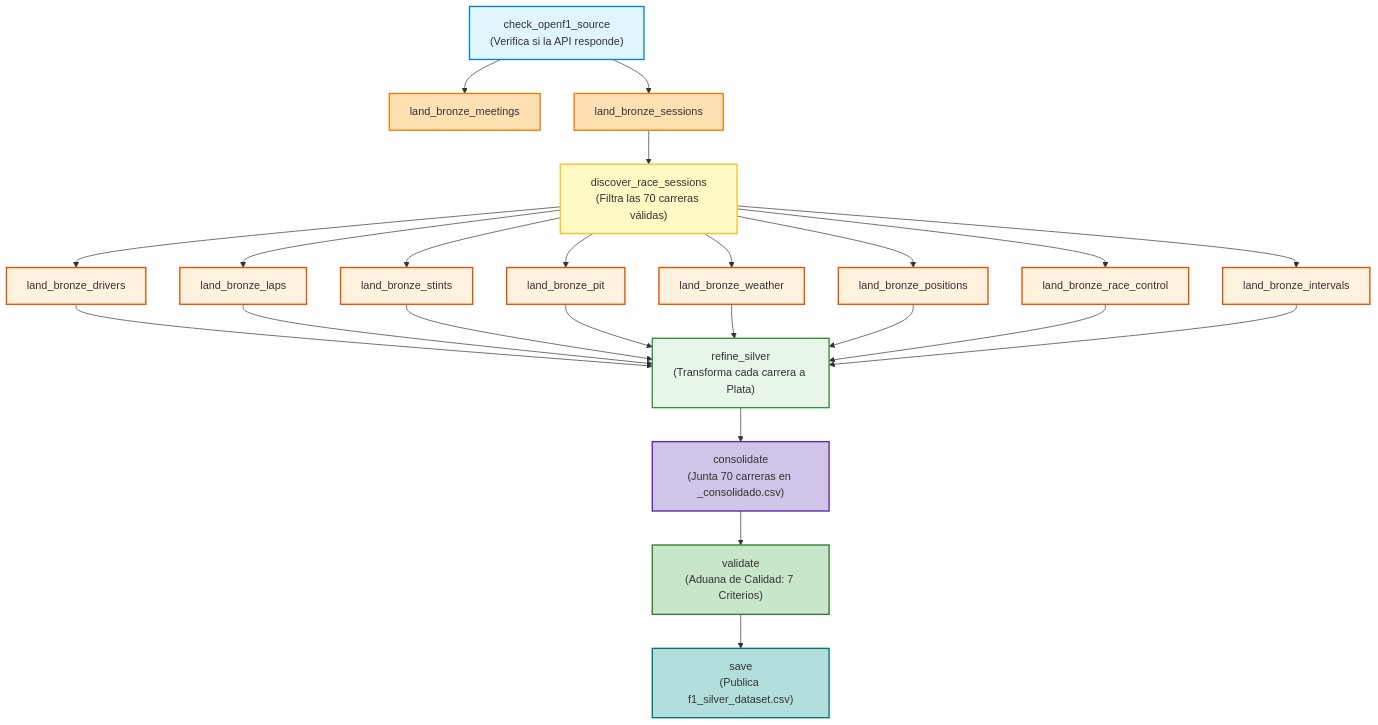
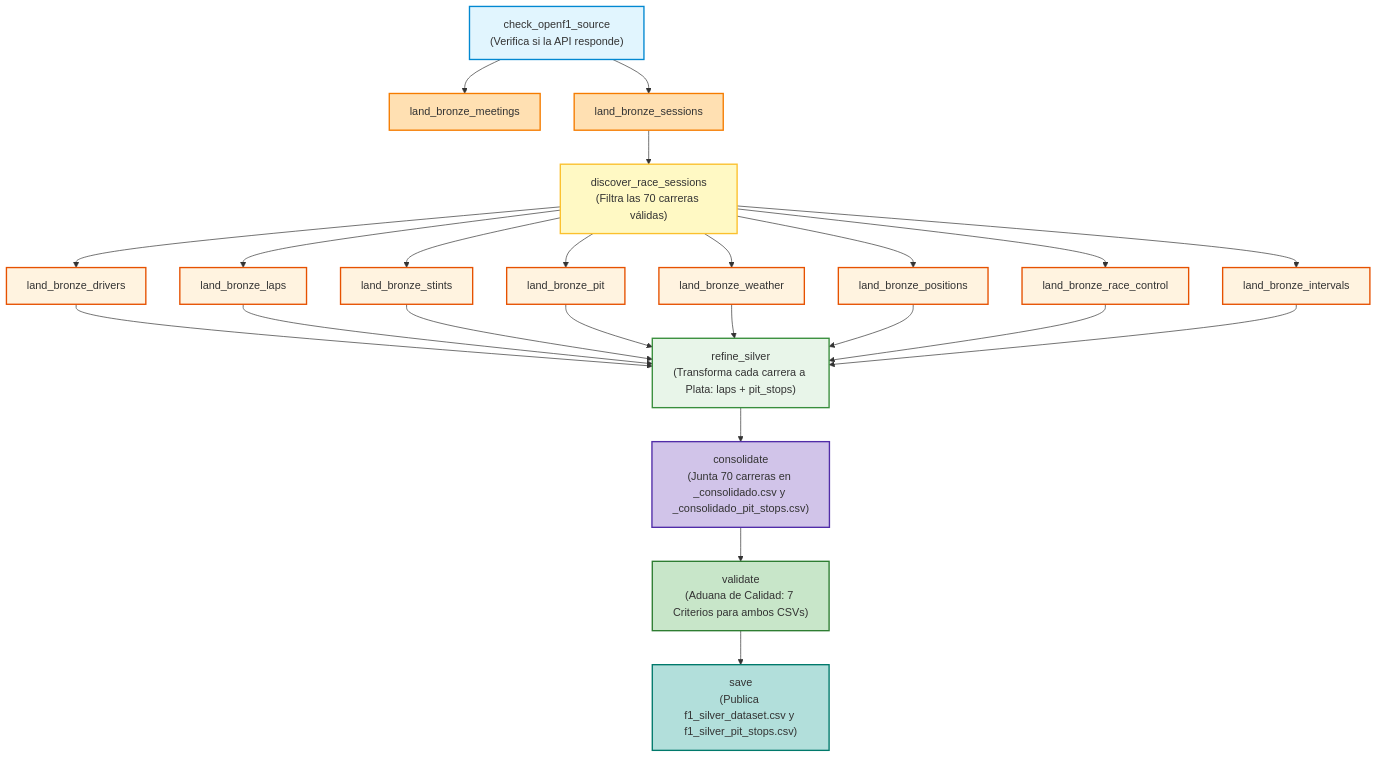
Before and after one commit to solfalabella7/f1-strategy-pipeline: the diagram in README_DEFENSA.md, drawn with Mermaid. The commit also changed other lines of this file and 7 other files, not shown here.

````diff
--- a/README_DEFENSA.md
+++ b/README_DEFENSA.md
@@ -26,35 +28,35 @@
 ```mermaid
 flowchart TD
     classDef check fill:#e1f5fe,stroke:#0288d1,stroke-width:2px;
     classDef bronze fill:#ffe0b2,stroke:#f57c00,stroke-width:2px;
     classDef discover fill:#fff9c4,stroke:#fbc02d,stroke-width:2px;
     classDef parallel fill:#fff3e0,stroke:#e65100,stroke-width:2px;
     classDef silver fill:#e8f5e9,stroke:#388e3c,stroke-width:2px;
     classDef cons fill:#d1c4e9,stroke:#512da8,stroke-width:2px;
     classDef val fill:#c8e6c9,stroke:#2e7d32,stroke-width:2px;
     classDef save fill:#b2dfdb,stroke:#00796b,stroke-width:2px;
 
     T1["check_openf1_source\n(Verifica si la API responde)"]:::check
     
     T1 --> T2["land_bronze_meetings"]:::bronze
     T1 --> T3["land_bronze_sessions"]:::bronze
     
     T3 --> T4["discover_race_sessions\n(Filtra las 70 carreras válidas)"]:::discover
     
     T4 --> T5["land_bronze_drivers"]:::parallel
     T4 --> T6["land_bronze_laps"]:::parallel
     T4 --> T7["land_bronze_stints"]:::parallel
     T4 --> T8["land_bronze_pit"]:::parallel
     T4 --> T9["land_bronze_weather"]:::parallel
     T4 --> T10["land_bronze_positions"]:::parallel
     T4 --> T11["land_bronze_race_control"]:::parallel
     T4 --> T12["land_bronze_intervals"]:::parallel
     
-    T5 & T6 & T7 & T8 & T9 & T10 & T11 & T12 --> T13["refine_silver\n(Transforma cada carrera a Plata)"]:::silver
+    T5 & T6 & T7 & T8 & T9 & T10 & T11 & T12 --> T13["refine_silver\n(Transforma cada carrera a Plata: laps + pit_stops)"]:::silver
     
-    T13 --> T14["consolidate\n(Junta 70 carreras en _consolidado.csv)"]:::cons
+    T13 --> T14["consolidate\n(Junta 70 carreras en _consolidado.csv y _consolidado_pit_stops.csv)"]:::cons
     
-    T14 --> T15["validate\n(Aduana de Calidad: 7 Criterios)"]:::val
+    T14 --> T15["validate\n(Aduana de Calidad: 7 Criterios para ambos CSVs)"]:::val
     
-    T15 --> T16["save\n(Publica f1_silver_dataset.csv)"]:::save
+    T15 --> T16["save\n(Publica f1_silver_dataset.csv y f1_silver_pit_stops.csv)"]:::save
 ```
````
